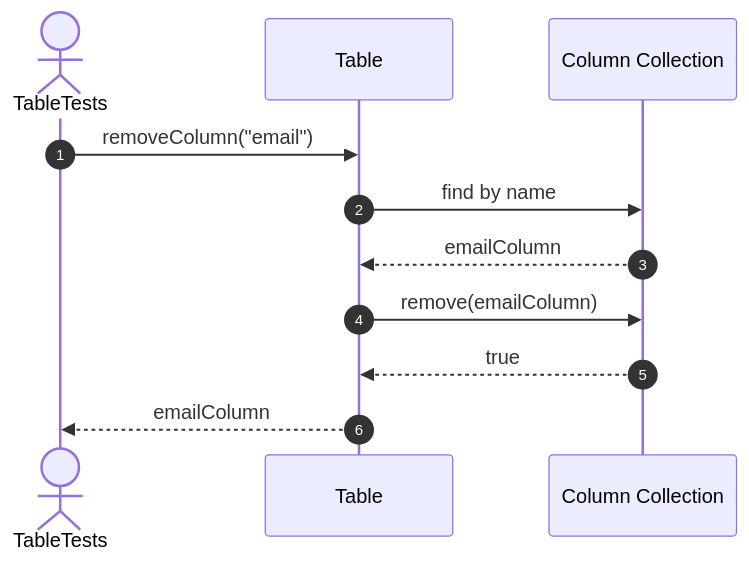
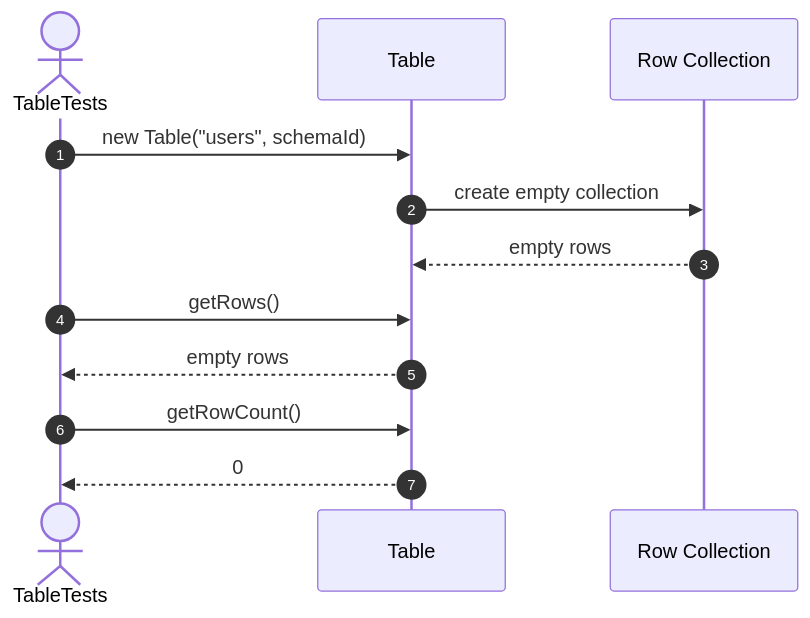
The sixth of 53 diagrams in src/tests/unit/metadata/sequences/tables-testing.se.md (FhuAnn/-bbv-AN-s-DBMS), drawn with Mermaid before and after one commit. The commit also changed other lines of this file and 7 other files, not shown here.

Commit message:
table and row run test successfully

````diff
--- a/src/tests/unit/metadata/sequences/tables-testing.se.md
+++ b/src/tests/unit/metadata/sequences/tables-testing.se.md
@@ -103,14 +99,15 @@
 ```mermaid
 sequenceDiagram
     autonumber
     actor Test as TableTests
     participant Table as Table
-    participant Columns as Column Collection
+    participant Rows as Row Collection
 
-    Test->>Table: removeColumn("email")
-    Table->>Columns: find by name
-    Columns-->>Table: emailColumn
-    Table->>Columns: remove(emailColumn)
-    Columns-->>Table: true
-    Table-->>Test: emailColumn
+    Test->>Table: new Table("users", schemaId)
+    Table->>Rows: create empty collection
+    Rows-->>Table: empty rows
+    Test->>Table: getRows()
+    Table-->>Test: empty rows
+    Test->>Table: getRowCount()
+    Table-->>Test: 0
 ```
````
